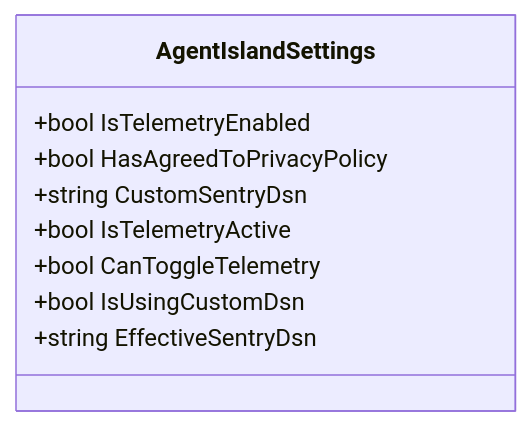
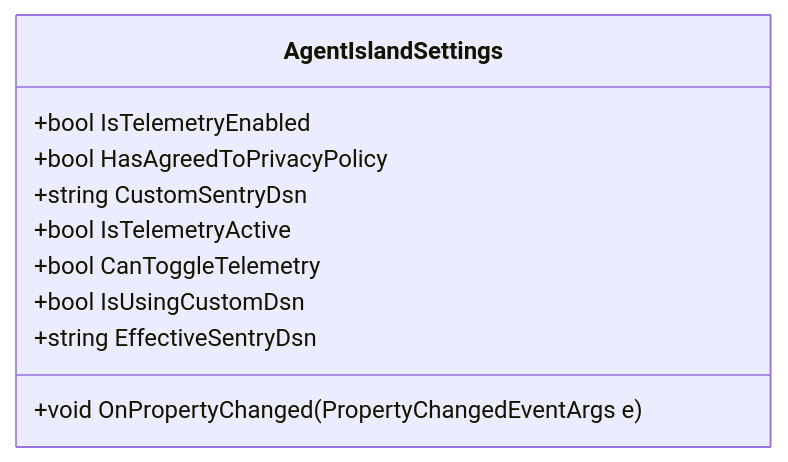
One commit to ShihaoShenDev/AgentIsland changed the third of 6 diagrams in .qoder/repowiki/en/content/Configuration Management/Telemetry and Privacy Configuration.md. Above: the diagram before and after it, drawn with Mermaid. The commit also changed other lines of this file and 54 other files, not shown here.

````diff
--- a/.qoder/repowiki/en/content/Configuration Management/Telemetry and Privacy Configuration.md
+++ b/.qoder/repowiki/en/content/Configuration Management/Telemetry and Privacy Configuration.md
@@ -155,12 +170,13 @@
 ```mermaid
 classDiagram
 class AgentIslandSettings {
 +bool IsTelemetryEnabled
 +bool HasAgreedToPrivacyPolicy
 +string CustomSentryDsn
 +bool IsTelemetryActive
 +bool CanToggleTelemetry
 +bool IsUsingCustomDsn
 +string EffectiveSentryDsn
++void OnPropertyChanged(PropertyChangedEventArgs e)
 }
 ```
````
